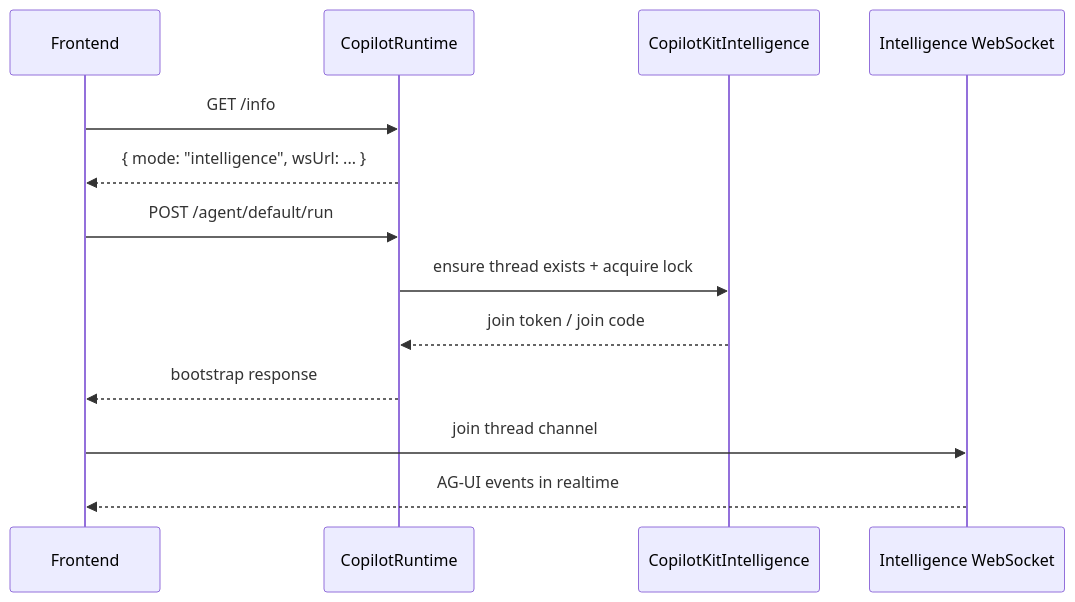
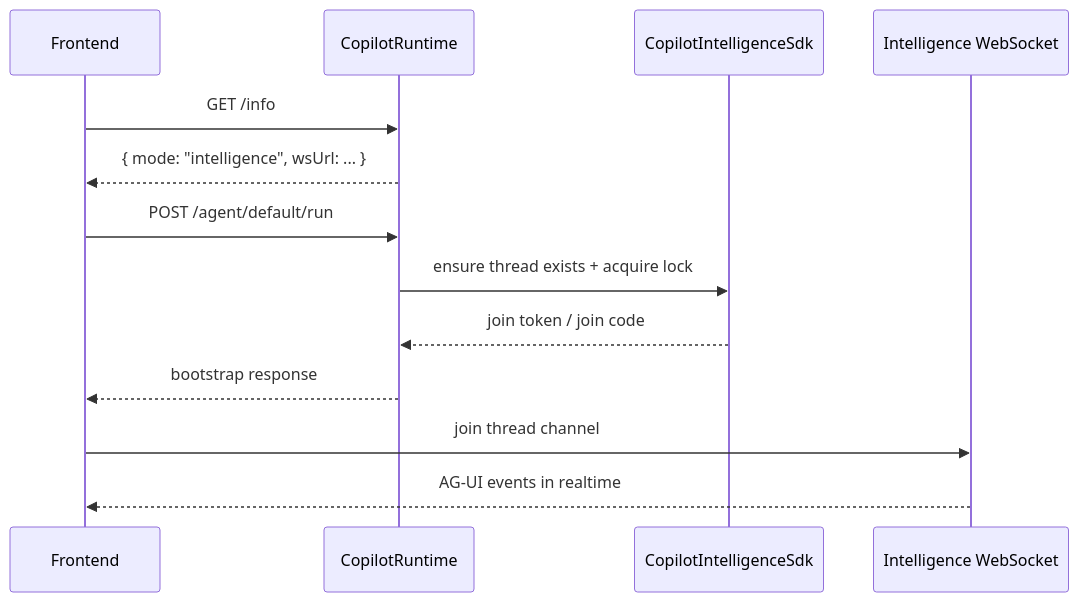
One commit to CopilotKit/CopilotKit changed the second of 2 diagrams in dev-docs/architecture/setup-intelligence.md. Above: the diagram before and after it, drawn with Mermaid. The commit also changed other lines of this file and 21 other files, not shown here.

Commit message:
feat(runtime,core): Automatic opt-in to Intelligence when an SDK is provided

````diff
--- a/dev-docs/architecture/setup-intelligence.md
+++ b/dev-docs/architecture/setup-intelligence.md
@@ -191,18 +191,18 @@
 ```mermaid
 sequenceDiagram
     participant Client as Frontend
     participant Runtime as CopilotRuntime
-    participant SDK as CopilotKitIntelligence
+    participant SDK as CopilotIntelligenceSdk
     participant WS as Intelligence WebSocket
 
     Client->>Runtime: GET /info
     Runtime-->>Client: { mode: "intelligence", wsUrl: ... }
 
     Client->>Runtime: POST /agent/default/run
     Runtime->>SDK: ensure thread exists + acquire lock
     SDK-->>Runtime: join token / join code
     Runtime-->>Client: bootstrap response
 
     Client->>WS: join thread channel
     WS-->>Client: AG-UI events in realtime
 ```
````
